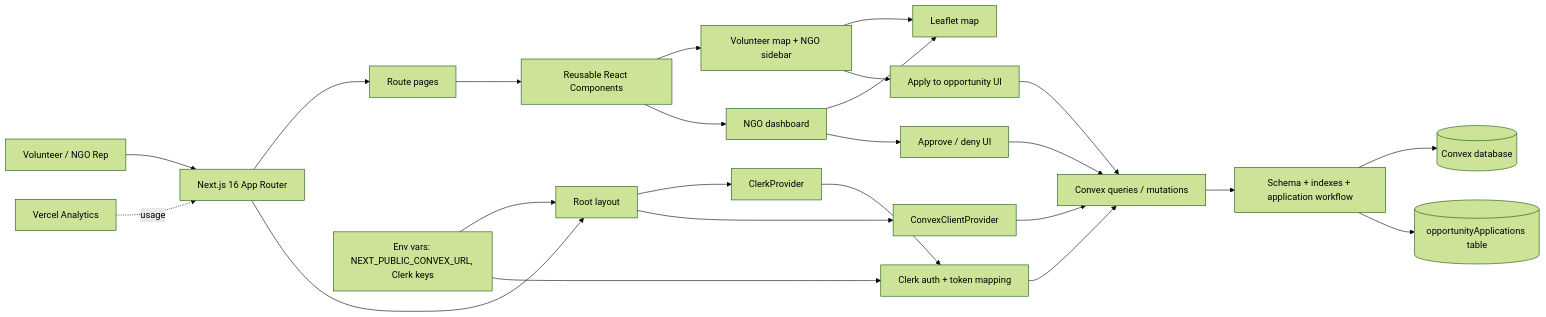
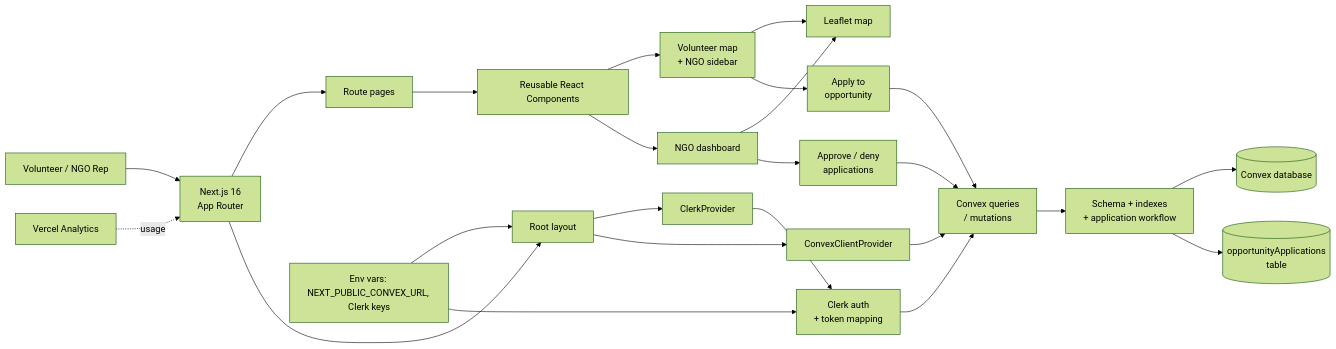
The first of 2 diagrams in README.md (Sah-Nikhil/SahayakOS), drawn with Mermaid (forest theme) before and after one commit. The commit also changed other lines of this file, not shown here.

````diff
--- a/README.md
+++ b/README.md
@@ -26,30 +26,30 @@
 ```mermaid
 flowchart LR
-  User[Volunteer / NGO Rep] --> App[Next.js 16 App Router]
+  User[Volunteer / NGO Rep] --> App[Next.js 16<br/>App Router]
   App --> Pages[Route pages]
   Pages --> Components[Reusable React Components]
-  Components --> VolunteerUI[Volunteer map + NGO sidebar]
+  Components --> VolunteerUI[Volunteer map<br/>+ NGO sidebar]
   Components --> NgoUI[NGO dashboard]
   VolunteerUI --> Leaflet[Leaflet map]
   NgoUI --> Leaflet
-  VolunteerUI --> ApplyUI[Apply to opportunity UI]
-  NgoUI --> ReviewUI[Approve / deny UI]
+  VolunteerUI --> ApplyUI[Apply to<br/>opportunity]
+  NgoUI --> ReviewUI[Approve / deny<br/>applications]
 
   App --> Layout[Root layout]
   Layout --> Clerk[ClerkProvider]
   Layout --> ConvexProvider[ConvexClientProvider]
 
-  Clerk --> Auth[Clerk auth + token mapping]
-  ConvexProvider --> API[Convex queries / mutations]
-  API --> Schema[Schema + indexes + application workflow]
+  Clerk --> Auth[Clerk auth<br/>+ token mapping]
+  ConvexProvider --> API[Convex queries<br/>/ mutations]
+  API --> Schema[Schema + indexes<br/>+ application workflow]
   Schema --> DB[(Convex database)]
-  Schema --> Applications[(opportunityApplications table)]
+  Schema --> Applications[(opportunityApplications<br/>table)]
   ApplyUI --> API
   ReviewUI --> API
 
   Auth --> API
   Env[Env vars: NEXT_PUBLIC_CONVEX_URL, Clerk keys] --> Layout
   Env --> Auth
 
   Analytics[Vercel Analytics] -. usage .-> App
 ```
````
